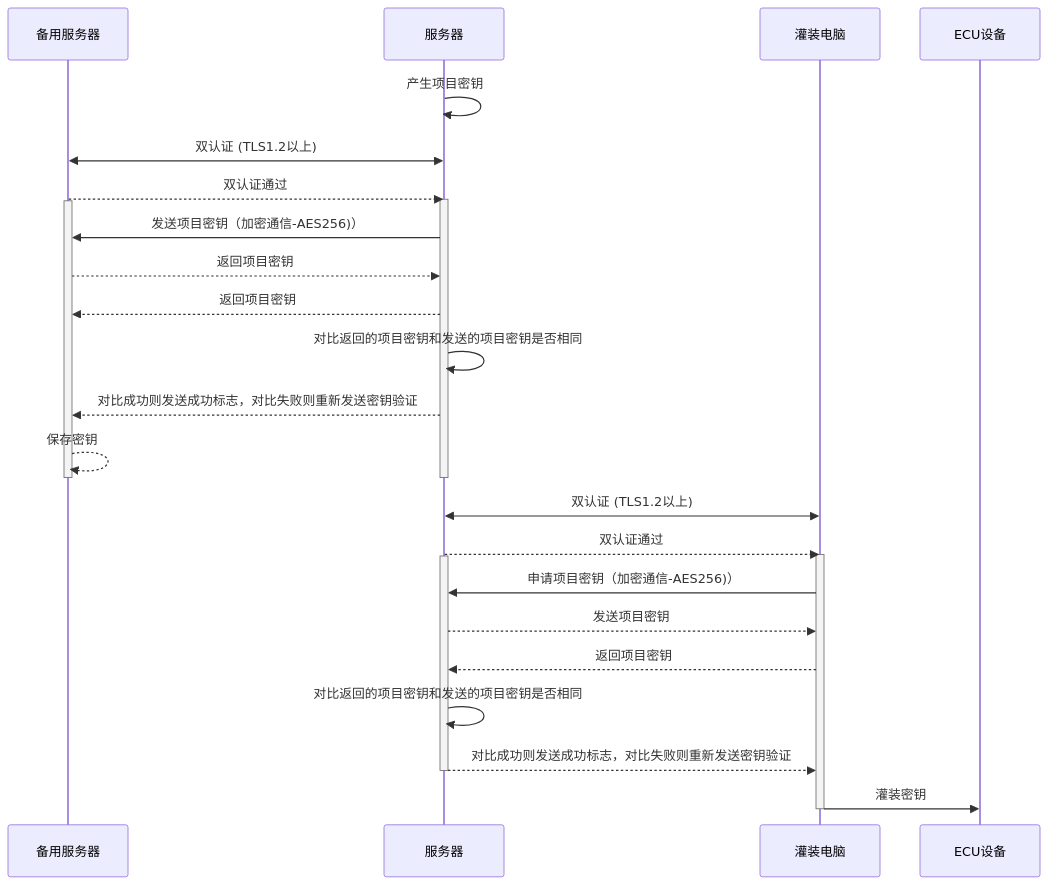
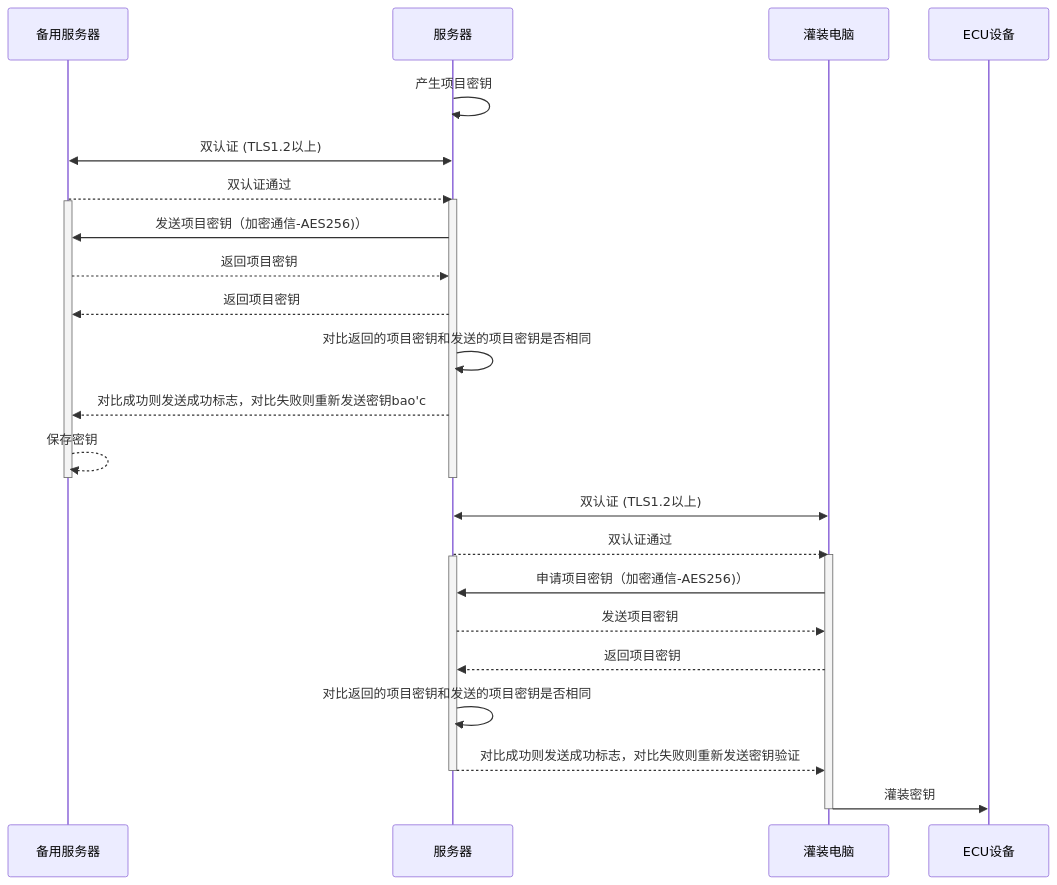
Before and after one commit to facebook-cloud/iodraw-files: the diagram in all/未命名-10.md, drawn with Mermaid.

Commit message:
2026-01-15 11:29:18 update

````diff
--- a/all/未命名-10.md
+++ b/all/未命名-10.md
@@ -1,35 +1,35 @@
 ```mermaid
 sequenceDiagram
     participant B as 备用服务器
     participant A as 服务器
     participant C as 灌装电脑
     participant D as ECU设备
 
     A->>A: 产生项目密钥
     A<<->>B: 双认证 (TLS1.2以上)
     B-->>A: 双认证通过
     activate A
     activate B
     A->>B: 发送项目密钥（加密通信-AES256)）
     B-->>A: 返回项目密钥
     A-->>B: 返回项目密钥
     A->>A: 对比返回的项目密钥和发送的项目密钥是否相同
-    A-->>B: 对比成功则发送成功标志，对比失败则重新发送密钥验证
+    A-->>B: 对比成功则发送成功标志，对比失败则重新发送密钥bao'c
     B-->>B: 保存密钥
     deactivate B
     deactivate A
 
     C<<->>A: 双认证 (TLS1.2以上)
     A-->>C: 双认证通过
     activate C
     activate A
     C->>A: 申请项目密钥（加密通信-AES256)）
     A-->>C: 发送项目密钥
     C-->>A: 返回项目密钥
     A->>A: 对比返回的项目密钥和发送的项目密钥是否相同
     A-->>C: 对比成功则发送成功标志，对比失败则重新发送密钥验证
     deactivate A
     C->>D: 灌装密钥
     deactivate C
 
 ```
````
